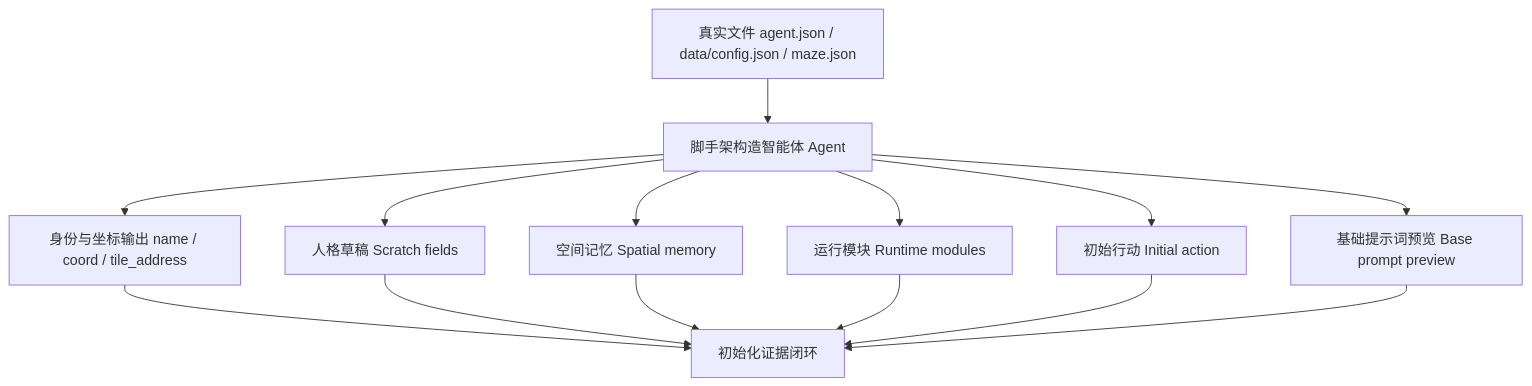
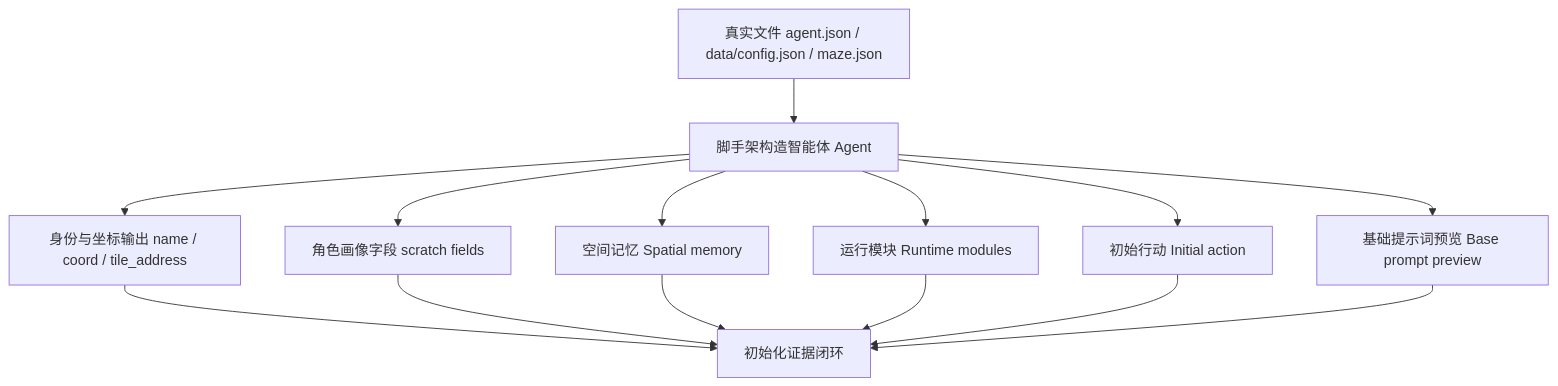
Diagram 11 of 15 in docs/book/manuscript/part_03/chapter_15.md (tbkken/GenerativeAgentsCN), drawn with Mermaid before and after one commit. The commit also changed other lines of this file and 51 other files, not shown here.

````diff
--- a/docs/book/manuscript/part_03/chapter_15.md
+++ b/docs/book/manuscript/part_03/chapter_15.md
@@ -699,16 +699,16 @@
 ```mermaid
 flowchart TD
     Files["真实文件 agent.json / data/config.json / maze.json"] --> Build["脚手架构造智能体 Agent"]
     Build --> Identity["身份与坐标输出 name / coord / tile_address"]
-    Build --> Scratch["人格草稿 Scratch fields"]
+    Build --> Scratch["角色画像字段 scratch fields"]
     Build --> Spatial["空间记忆 Spatial memory"]
     Build --> Runtime["运行模块 Runtime modules"]
     Build --> Action["初始行动 Initial action"]
     Build --> Prompt["基础提示词预览 Base prompt preview"]
     Identity --> Evidence["初始化证据闭环"]
     Scratch --> Evidence
     Spatial --> Evidence
     Runtime --> Evidence
     Action --> Evidence
     Prompt --> Evidence
 ```
````
